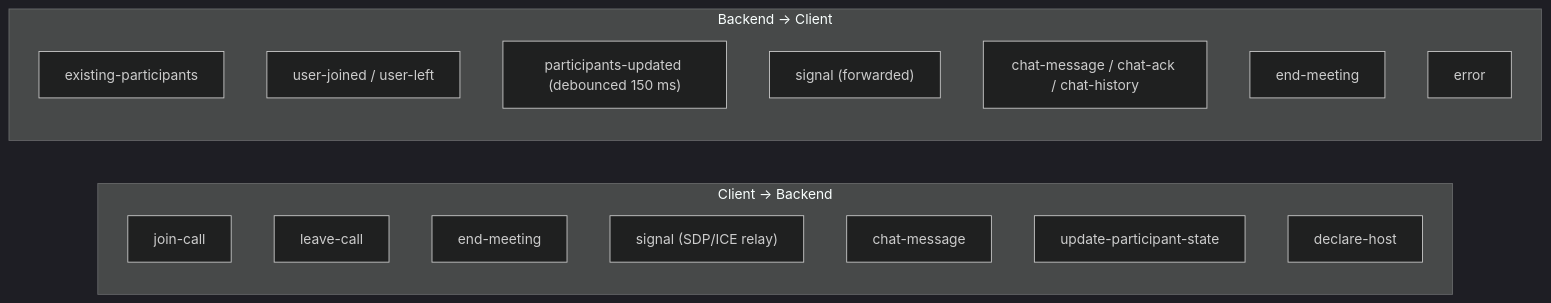
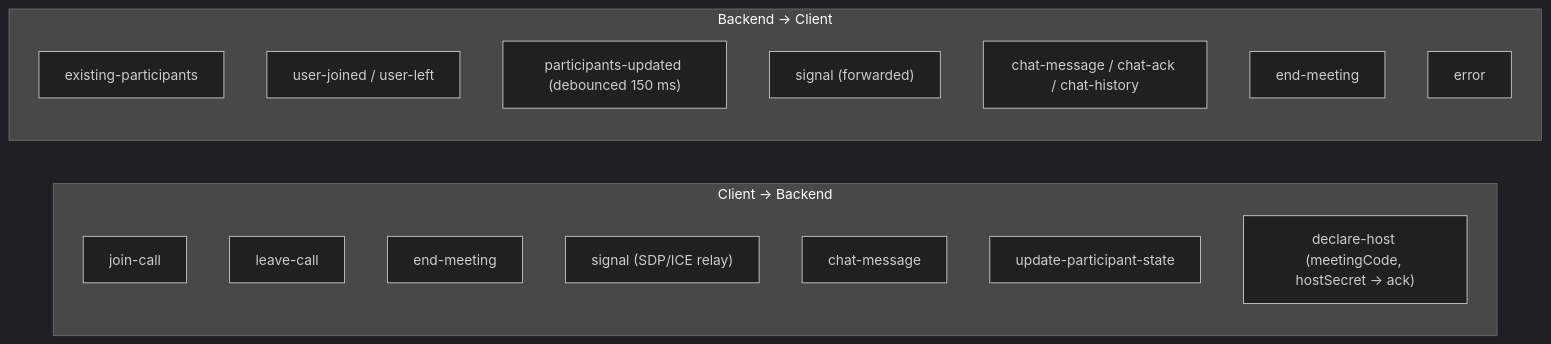
The sixth of 9 diagrams in README.md (AnupamKumar-1/Hoovik), drawn with Mermaid (dark theme) before and after one commit. The commit also changed other lines of this file and 1 other file, not shown here.

First line of the commit message:
fix: event-driven declare-host and update README

````diff
--- a/README.md
+++ b/README.md
@@ -570,22 +575,22 @@
 ```mermaid
 flowchart LR
     subgraph ClientEmits ["Client → Backend"]
         CE1["join-call"]
         CE2["leave-call"]
         CE3["end-meeting"]
         CE4["signal (SDP/ICE relay)"]
         CE5["chat-message"]
         CE6["update-participant-state"]
-        CE7["declare-host"]
+        CE7["declare-host (meetingCode, hostSecret → ack)"]
     end
 
     subgraph ServerEmits ["Backend → Client"]
         SE1["existing-participants"]
         SE2["user-joined / user-left"]
         SE3["participants-updated (debounced 150 ms)"]
         SE4["signal (forwarded)"]
         SE5["chat-message / chat-ack / chat-history"]
         SE6["end-meeting"]
         SE7["error"]
     end
 ```
````
